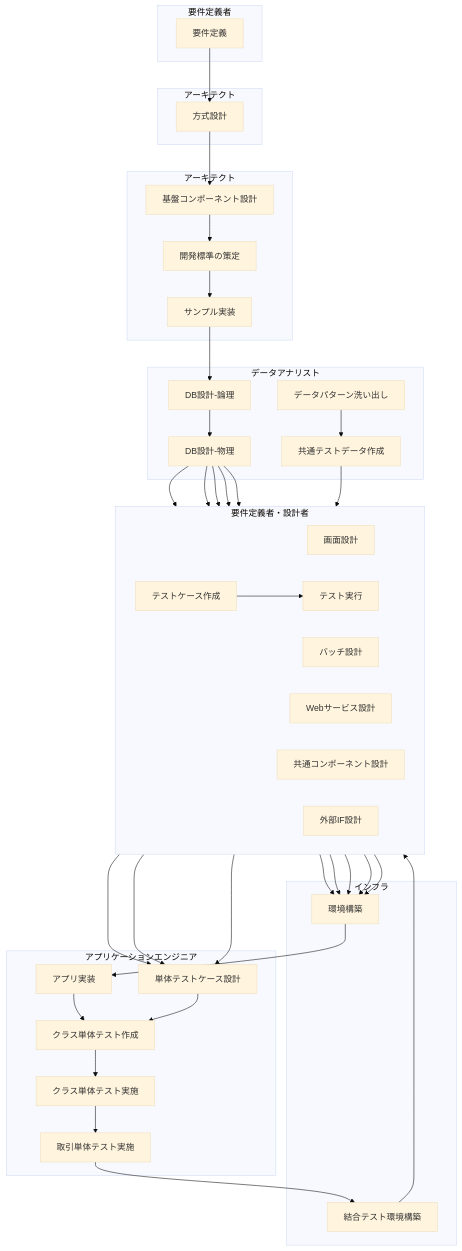
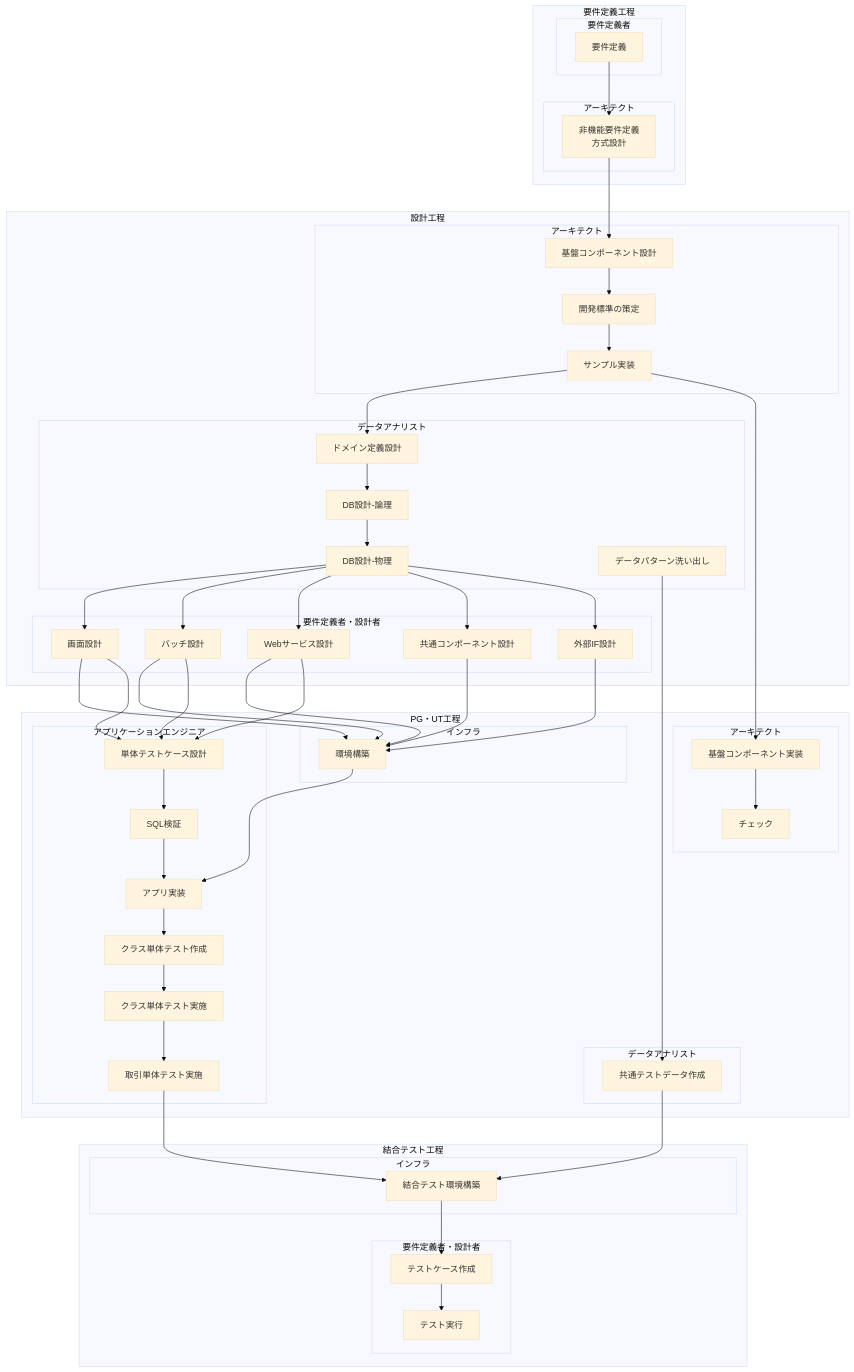
The diagram in doc/asis-dev-flow.md (nablarch/nabledge-dev), drawn with Mermaid (base theme) before and after one commit. The commit also changed 1 other file, not shown here.

Commit message:
Accurately reproduce Excel flow structure with phases, roles, and activities
- Organized by phases: 要件定義工程 → 設計工程 → PG・UT工程 → 結合テスト工程
- Organized by roles within each phase as subgraphs
- Accurately reflected activities (green boxes) from Excel
- ToBe: Added AI involvement explicitly to each activity
- Deliverables remain in tables below diagrams

````diff
--- a/doc/asis-dev-flow.md
+++ b/doc/asis-dev-flow.md
@@ -12,77 +12,102 @@
 ```mermaid
 flowchart TB
-    subgraph req["要件定義者"]
-        A1[要件定義]
+    %% 要件定義工程
+    subgraph phase1["要件定義工程"]
+        subgraph req["要件定義者"]
+            A1[要件定義]
+        end
+        subgraph arch1["アーキテクト"]
+            A2[非機能要件定義<br/>方式設計]
+        end
     end
 
-    subgraph arch_req["アーキテクト"]
-        A2[方式設計]
+    %% 設計工程
+    subgraph phase2["設計工程"]
+        subgraph arch2["アーキテクト"]
+            B1[基盤コンポーネント設計]
+            B2[開発標準の策定]
+            B3[サンプル実装]
+        end
+        subgraph data1["データアナリスト"]
+            C1[ドメイン定義設計]
+            C2[DB設計-論理]
+            C3[DB設計-物理]
+            C4[データパターン洗い出し]
+        end
+        subgraph designer1["要件定義者・設計者"]
+            D1[画面設計]
+            D2[バッチ設計]
+            D3[Webサービス設計]
+            D4[共通コンポーネント設計]
+            D5[外部IF設計]
+        end
     end
 
-    subgraph arch_design["アーキテクト"]
-        B1[基盤コンポーネント設計]
-        B2[開発標準の策定]
-        B3[サンプル実装]
+    %% PG・UT工程
+    subgraph phase3["PG・UT工程"]
+        subgraph arch3["アーキテクト"]
+            E1[基盤コンポーネント実装]
+            E2[チェック]
+        end
+        subgraph infra1["インフラ"]
+            E3[環境構築]
+        end
+        subgraph appeng["アプリケーションエンジニア"]
+            E4[単体テストケース設計]
+            E5[SQL検証]
+            E6[アプリ実装]
+            E7[クラス単体テスト作成]
+            E8[クラス単体テスト実施]
+            E9[取引単体テスト実施]
+        end
+        subgraph data2["データアナリスト"]
+            E10[共通テストデータ作成]
+        end
     end
 
-    subgraph data["データアナリスト"]
-        C1[DB設計-論理]
-        C2[DB設計-物理]
-        C3[データパターン洗い出し]
-        C4[共通テストデータ作成]
+    %% 結合テスト工程
+    subgraph phase4["結合テスト工程"]
+        subgraph infra2["インフラ"]
+            F1[結合テスト環境構築]
+        end
+        subgraph designer2["要件定義者・設計者"]
+            F2[テストケース作成]
+            F3[テスト実行]
+        end
     end
 
-    subgraph designer["要件定義者・設計者"]
-        direction LR
-        D1[画面設計]
-        D2[バッチ設計]
-        D3[Webサービス設計]
-        D4[共通コンポーネント設計]
-        D5[外部IF設計]
-        D6[テストケース作成]
-        D7[テスト実行]
-    end
-
-    subgraph appeng["アプリケーションエンジニア"]
-        E1[アプリ実装]
-        E2[単体テストケース設計]
-        E3[クラス単体テスト作成]
-        E4[クラス単体テスト実施]
-        E5[取引単体テスト実施]
-    end
-
-    subgraph infra["インフラ"]
-        F1[環境構築]
-        F2[結合テスト環境構築]
-    end
-
+    %% 依存関係
     A1 --> A2
     A2 --> B1
     B1 --> B2
     B2 --> B3
     B3 --> C1
     C1 --> C2
-    C2 --> D1
-    C2 --> D2
-    C2 --> D3
-    C2 --> D4
-    C2 --> D5
-    D1 --> F1
-    D2 --> F1
-    D3 --> F1
-    D4 --> F1
-    D5 --> F1
-    F1 --> E1
-    C3 --> C4
-    D1 --> E2
-    D2 --> E2
-    D3 --> E2
-    E1 --> E3
-    E2 --> E3
-    E3 --> E4
+    C2 --> C3
+    C3 --> D1
+    C3 --> D2
+    C3 --> D3
+    C3 --> D4
+    C3 --> D5
+    D1 --> E3
+    D2 --> E3
+    D3 --> E3
+    D4 --> E3
+    D5 --> E3
+    B3 --> E1
+    E1 --> E2
+    E3 --> E6
+    D1 --> E4
+    D2 --> E4
+    D3 --> E4
     E4 --> E5
-    E5 --> F2
-    C4 --> D6
-    F2 --> D6
-    D6 --> D7
+    E5 --> E6
+    E6 --> E7
+    E7 --> E8
+    E8 --> E9
+    C4 --> E10
+    E9 --> F1
+    E10 --> F1
+    F1 --> F2
+    F2 --> F3
 ```
````
